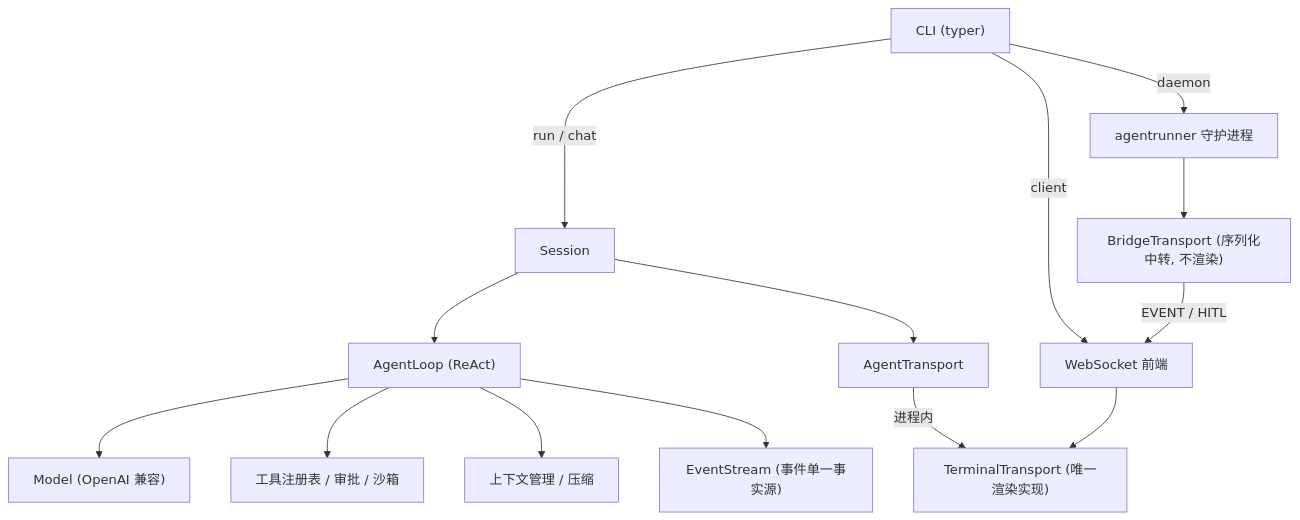
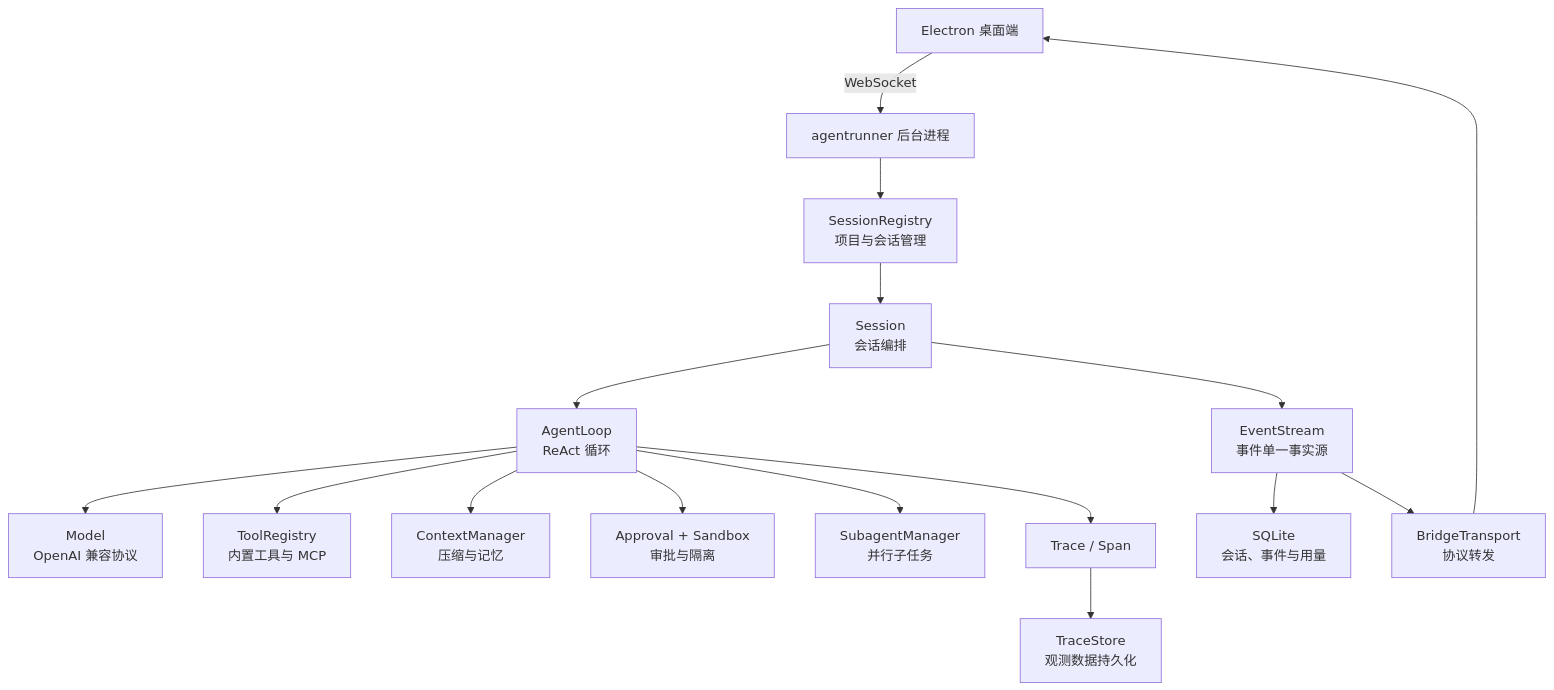
One commit to SyncFunc/work-agent changed the first of 2 diagrams in README.md. Above: the diagram before and after it, drawn with Mermaid. The commit also changed other lines of this file, not shown here.

Commit message:
docs: rewrite README for desktop app

````diff
--- a/README.md
+++ b/README.md
@@ -25,19 +50,21 @@
 ```mermaid
 graph TD
-    CLI["CLI (typer)"] -->|run / chat| Sess["Session"]
-    CLI -->|daemon| D["agentrunner 守护进程"]
-    CLI -->|client| Front["WebSocket 前端"]
+    Desktop["Electron 桌面端"] -->|WebSocket| Daemon["agentrunner 后台进程"]
+    Daemon --> Registry["SessionRegistry<br/>项目与会话管理"]
+    Registry --> Session["Session<br/>会话编排"]
+    Session --> Loop["AgentLoop<br/>ReAct 循环"]
 
-    Sess --> Loop["AgentLoop (ReAct)"]
-    Loop --> Model["Model (OpenAI 兼容)"]
-    Loop --> Tools["工具注册表 / 审批 / 沙箱"]
-    Loop --> Ctx["上下文管理 / 压缩"]
-    Loop --> Stream["EventStream (事件单一事实源)"]
+    Loop --> Model["Model<br/>OpenAI 兼容协议"]
+    Loop --> Tools["ToolRegistry<br/>内置工具与 MCP"]
+    Loop --> Context["ContextManager<br/>压缩与记忆"]
+    Loop --> Safety["Approval + Sandbox<br/>审批与隔离"]
+    Loop --> Subagents["SubagentManager<br/>并行子任务"]
 
-    Sess --> T["AgentTransport"]
-    T -->|进程内| Term["TerminalTransport (唯一渲染实现)"]
+    Session --> Events["EventStream<br/>事件单一事实源"]
+    Events --> Store["SQLite<br/>会话、事件与用量"]
+    Events --> Bridge["BridgeTransport<br/>协议转发"]
+    Bridge --> Desktop
 
-    D --> Bridge["BridgeTransport (序列化中转, 不渲染)"]
-    Bridge -->|EVENT / HITL| Front
-    Front --> Term
+    Loop --> Tracer["Trace / Span"]
+    Tracer --> TraceStore["TraceStore<br/>观测数据持久化"]
 ```
````
